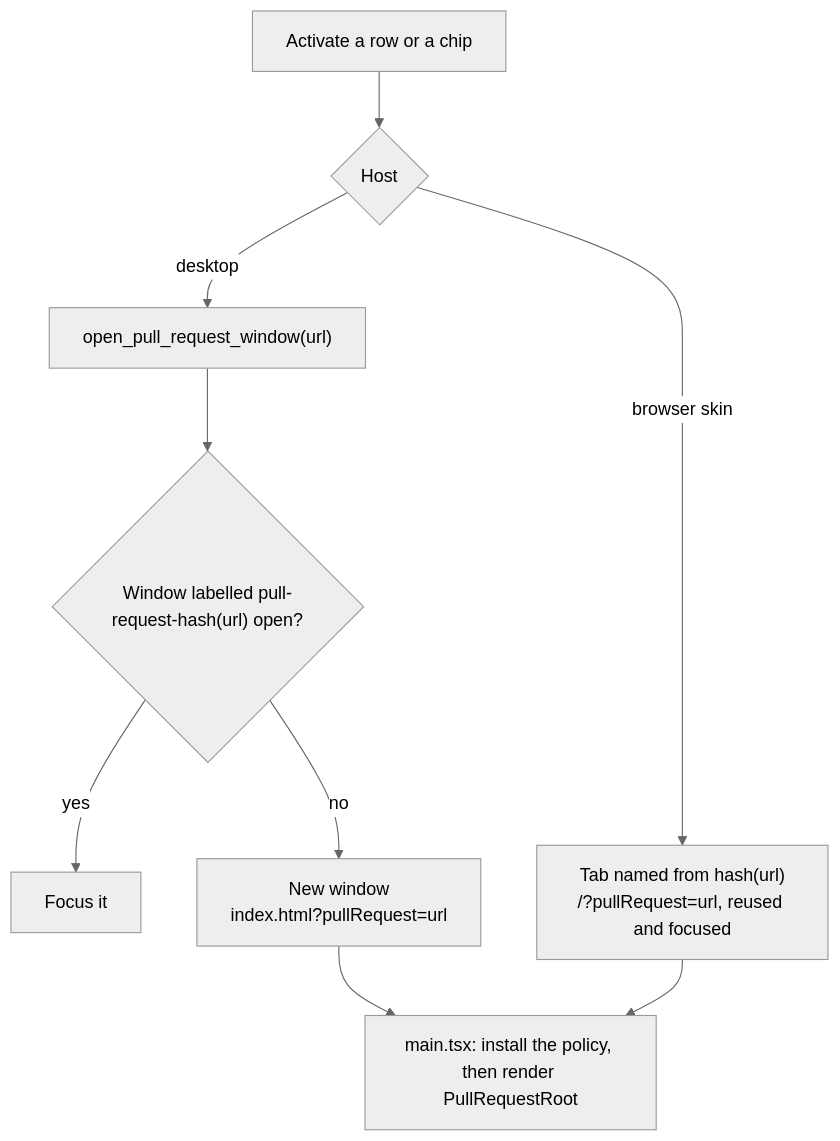
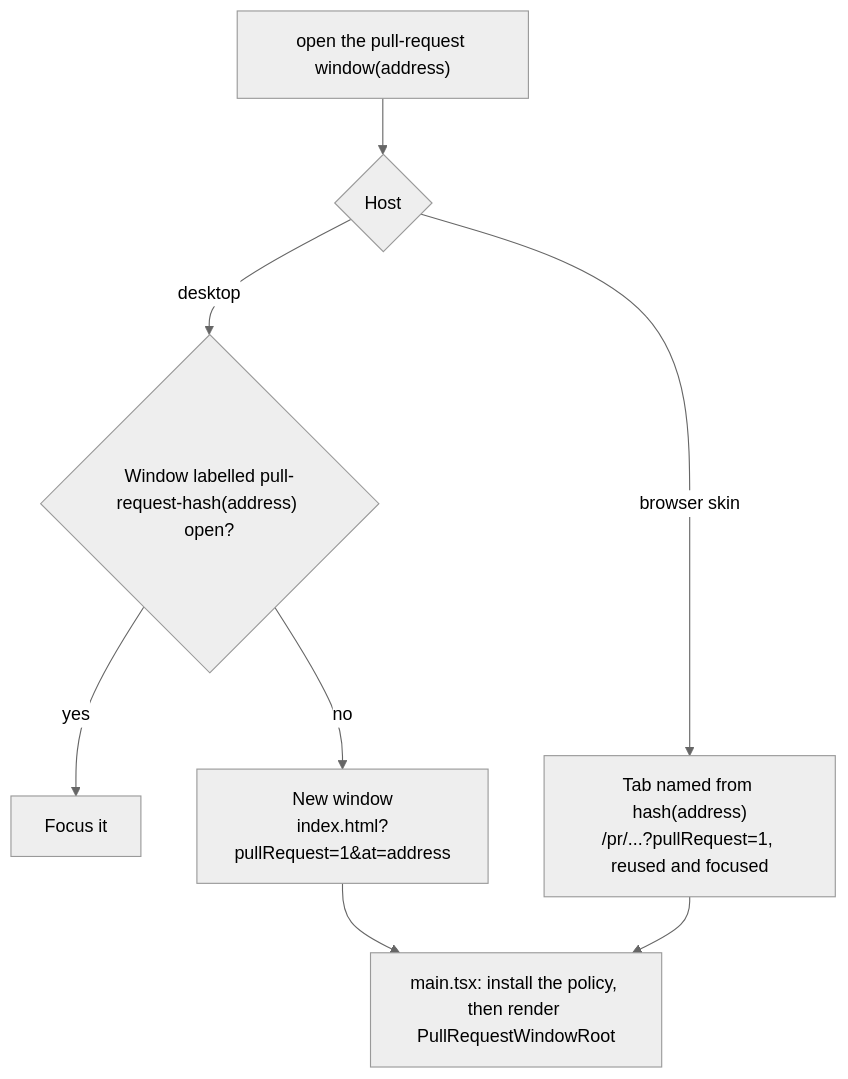
The second of 5 diagrams in openspec/changes/pull-request-viewer/design.md (avantmedialtd/specforge), drawn with Mermaid (neutral theme) before and after one commit. The commit also changed other lines of this file and 3 other files, not shown here.

First line of the commit message:
docs(openspec): open a pull request the way a document opens

````diff
--- a/openspec/changes/pull-request-viewer/design.md
+++ b/openspec/changes/pull-request-viewer/design.md
@@ -80,11 +154,10 @@
 ```mermaid
 flowchart TB
-  A["Activate a row or a chip"] --> H{"Host"}
-  H -- desktop --> C["open_pull_request_window(url)"]
-  C --> L{"Window labelled pull-request-hash(url) open?"}
+  O["open the pull-request window(address)"] --> H{"Host"}
+  H -- desktop --> L{"Window labelled pull-request-hash(address) open?"}
   L -- yes --> F["Focus it"]
-  L -- no --> N["New window<br/>index.html?pullRequest=url"]
-  H -- "browser skin" --> T["Tab named from hash(url)<br/>/?pullRequest=url, reused and focused"]
-  N --> R["main.tsx: install the policy, then render PullRequestRoot"]
+  L -- no --> N["New window<br/>index.html?pullRequest=1&at=address"]
+  H -- "browser skin" --> T["Tab named from hash(address)<br/>/pr/...?pullRequest=1, reused and focused"]
+  N --> R["main.tsx: install the policy, then render PullRequestWindowRoot"]
   T --> R
 ```
````
